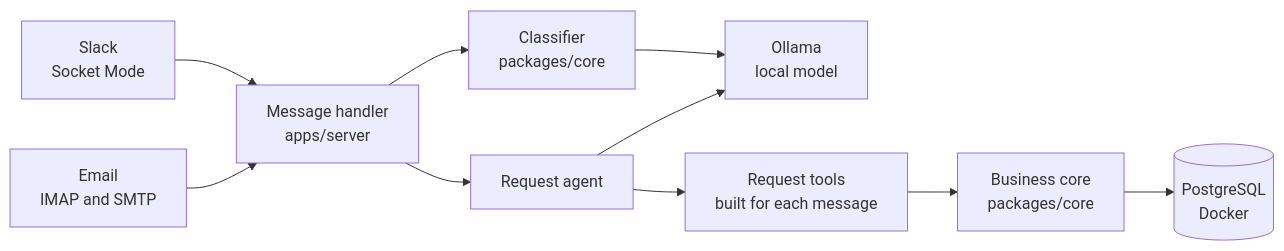
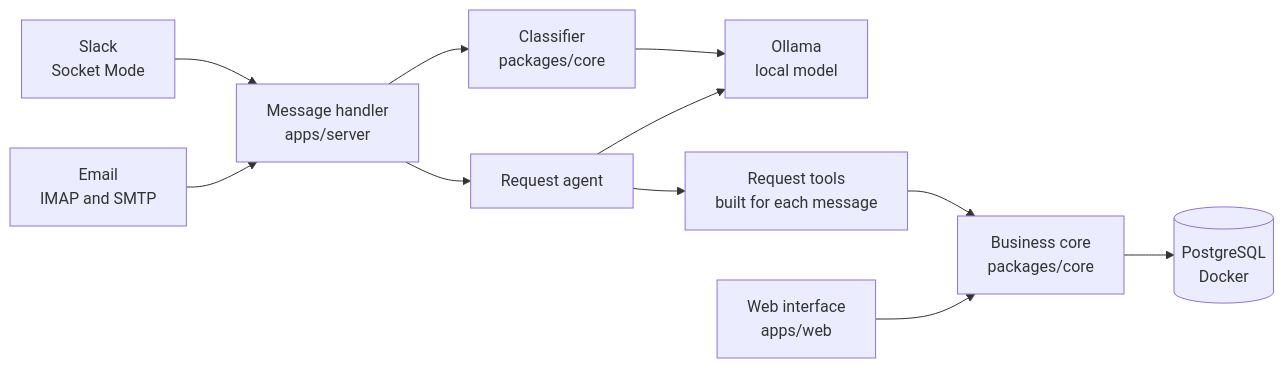
The diagram in README.md (Alvi16/Request-agent), drawn with Mermaid before and after one commit. The commit also changed other lines of this file, not shown here.

Commit message:
docs: explain how to run and use the web interface

````diff
--- a/README.md
+++ b/README.md
@@ -26,12 +26,13 @@
 ```mermaid
 flowchart LR
     Slack["Slack<br/>Socket Mode"] --> Handler["Message handler<br/>apps/server"]
     Email["Email<br/>IMAP and SMTP"] --> Handler
     Handler --> Classifier["Classifier<br/>packages/core"]
     Classifier --> Ollama
     Handler --> Agent[Request agent]
     Agent --> Ollama["Ollama<br/>local model"]
     Agent --> Tools["Request tools<br/>built for each message"]
     Tools --> Core["Business core<br/>packages/core"]
+    Web["Web interface<br/>apps/web"] --> Core
     Core --> Postgres[("PostgreSQL<br/>Docker")]
 ```
````
